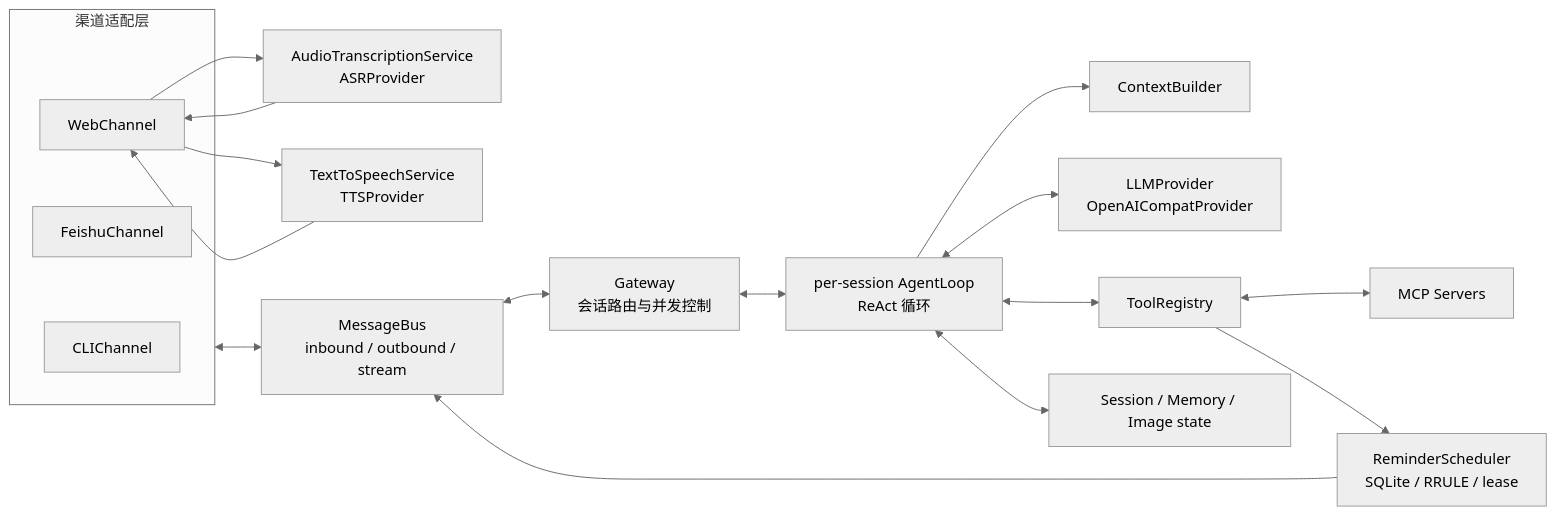
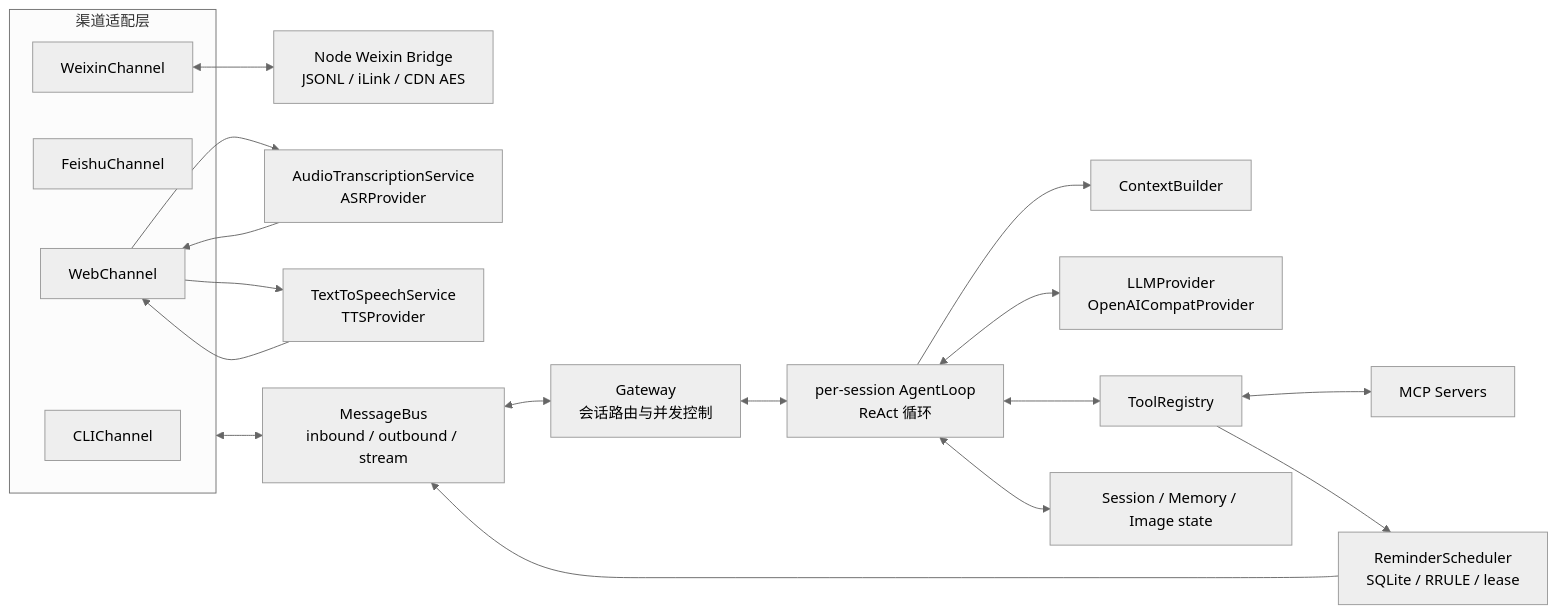
One commit to JefferyTG/nanoclaw changed the first of 3 diagrams in docs/ARCHITECTURE.md. Above: the diagram before and after it, drawn with Mermaid (neutral theme). The commit also changed other lines of this file and 52 other files, not shown here.

````diff
--- a/docs/ARCHITECTURE.md
+++ b/docs/ARCHITECTURE.md
@@ -28,34 +29,38 @@
 ```mermaid
 flowchart LR
     subgraph Channels["渠道适配层"]
         CLI["CLIChannel"]
         FS["FeishuChannel"]
+        WX["WeixinChannel"]
         WEB["WebChannel"]
     end
+
+    WXBR["Node Weixin Bridge\nJSONL / iLink / CDN AES"]
 
     WEB --> ASR["AudioTranscriptionService\nASRProvider"]
     ASR --> WEB
     WEB --> TTS["TextToSpeechService\nTTSProvider"]
     TTS --> WEB
 
     BUS["MessageBus\ninbound / outbound / stream"]
     GW["Gateway\n会话路由与并发控制"]
     LOOP["per-session AgentLoop\nReAct 循环"]
     CTX["ContextBuilder"]
     PROVIDER["LLMProvider\nOpenAICompatProvider"]
     TOOLS["ToolRegistry"]
     STATE["Session / Memory / Image state"]
     MCP["MCP Servers"]
     REM["ReminderScheduler\nSQLite / RRULE / lease"]
 
     Channels <--> BUS
+    WX <--> WXBR
     BUS <--> GW
     GW <--> LOOP
     LOOP --> CTX
     LOOP <--> PROVIDER
     LOOP <--> TOOLS
     LOOP <--> STATE
     TOOLS <--> MCP
     TOOLS --> REM
     REM --> BUS
 ```
````
